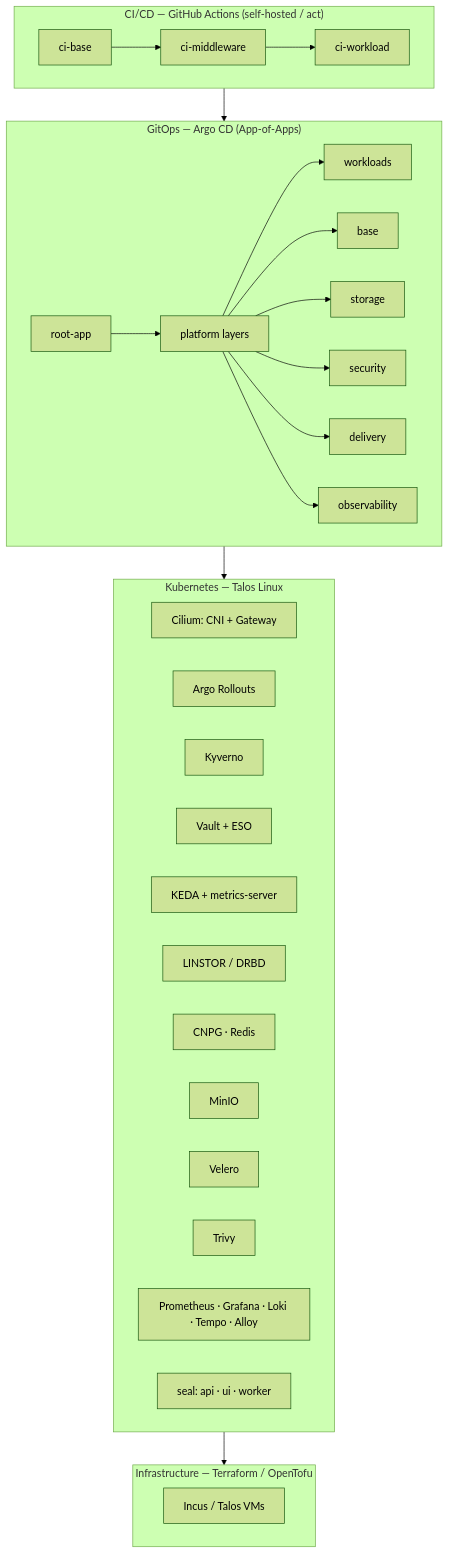
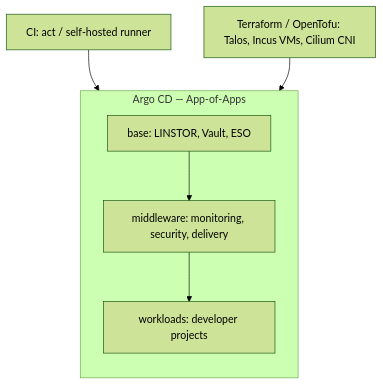
The diagram in README.md (aldoshkineg/atlas-idp), drawn with Mermaid (forest theme) before and after one commit. The commit also changed 1 other file, not shown here.

Commit message:
docs: shorten architecture Mermaid diagram
Replace the large layered diagram with a compact overview:
CI (act/runner) and Terraform (Talos, Incus, Cilium) feeding Argo CD
App-of-Apps layers (base -> middleware -> workloads).

````diff
--- a/README.md
+++ b/README.md
@@ -44,21 +44,14 @@
 ```mermaid
 flowchart TB
-  subgraph CI["CI/CD — GitHub Actions (self-hosted / act)"]
-    A[ci-base] --> B[ci-middleware] --> C[ci-workload]
+  CI[CI: act / self-hosted runner]
+  TF[Terraform / OpenTofu: Talos, Incus VMs, Cilium CNI]
+  subgraph ARGO["Argo CD — App-of-Apps"]
+    direction TB
+    BASE[base: LINSTOR, Vault, ESO]
+    MID[middleware: monitoring, security, delivery]
+    WL[workloads: developer projects]
+    BASE --> MID --> WL
   end
-  subgraph GO["GitOps — Argo CD (App-of-Apps)"]
-    R[root-app] --> L[platform layers] --> W[workloads]
-    L --> LB[base] & LS[storage] & LSEC[security] & LD[delivery] & LO[observability]
-  end
-  subgraph K8S["Kubernetes — Talos Linux"]
-    direction LR
-    C1[Cilium: CNI + Gateway] & C2[Argo Rollouts] & C3[Kyverno] & C4[Vault + ESO] & C5[KEDA + metrics-server]
-    D1[LINSTOR / DRBD] & D2[CNPG · Redis] & D3[MinIO] & D4[Velero] & D5[Trivy]
-    OBS[Prometheus · Grafana · Loki · Tempo · Alloy]
-    SEAL[seal: api · ui · worker]
-  end
-  subgraph INF["Infrastructure — Terraform / OpenTofu"]
-    I[Incus / Talos VMs]
-  end
-  CI --> GO --> K8S --> INF
+  CI --> ARGO
+  TF --> ARGO
 ```
````
